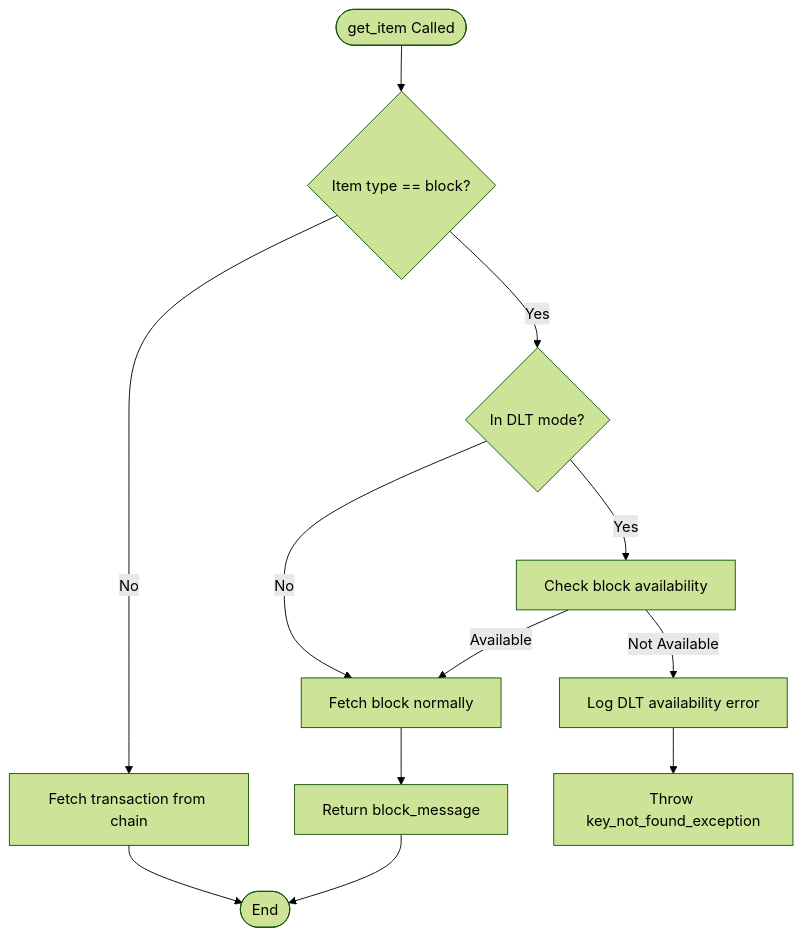
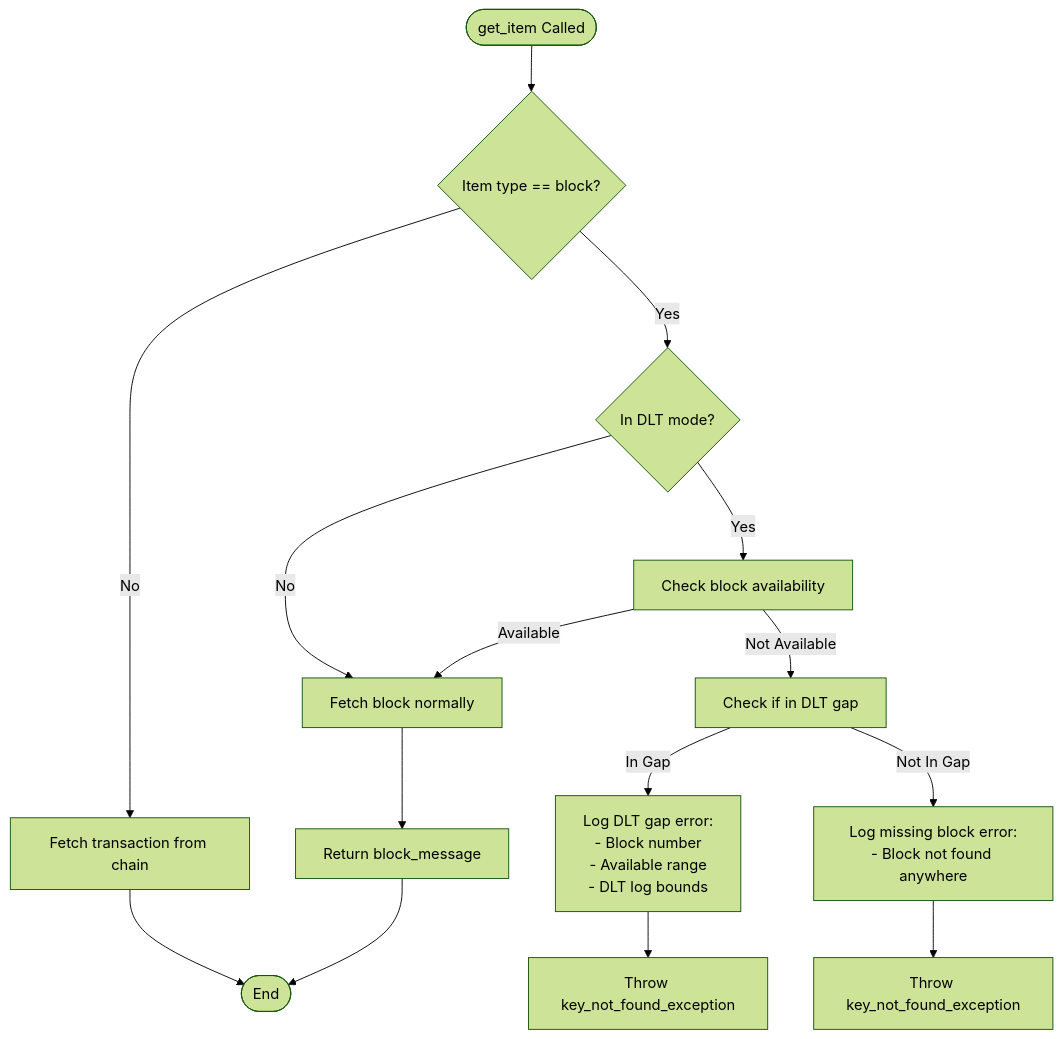
Before and after one commit to VIZ-Blockchain/viz-cpp-node: the tenth of 32 diagrams in .qoder/repowiki/en/content/P2p Plugin.md, drawn with Mermaid (forest theme). The commit also changed other lines of this file and 5 other files, not shown here.

First line of the commit message:
feat(dlt_block_log): add reset method and automatic gap recovery system

````diff
--- a/.qoder/repowiki/en/content/P2p Plugin.md
+++ b/.qoder/repowiki/en/content/P2p Plugin.md
@@ -443,14 +485,17 @@
 ```mermaid
 flowchart TD
 Start([get_item Called]) --> CheckItemType{"Item type == block?"}
 CheckItemType --> |No| FetchTx["Fetch transaction from chain"]
 CheckItemType --> |Yes| CheckDLT{"In DLT mode?"}
 CheckDLT --> |No| FetchBlock["Fetch block normally"]
 CheckDLT --> |Yes| CheckAvailability["Check block availability"]
 CheckAvailability --> |Available| FetchBlock
-CheckAvailability --> |Not Available| LogError["Log DLT availability error"]
-LogError --> ThrowException["Throw key_not_found_exception"]
+CheckAvailability --> |Not Available| CheckGap["Check if in DLT gap"]
+CheckGap --> |In Gap| LogGapError["Log DLT gap error:<br/>- Block number<br/>- Available range<br/>- DLT log bounds"]
+CheckGap --> |Not In Gap| LogMissingError["Log missing block error:<br/>- Block not found anywhere"]
+LogGapError --> ThrowGapException["Throw key_not_found_exception"]
+LogMissingError --> ThrowMissingException["Throw key_not_found_exception"]
 FetchTx --> End([End])
 FetchBlock --> ReturnBlock["Return block_message"]
 ReturnBlock --> End
 ```
````
